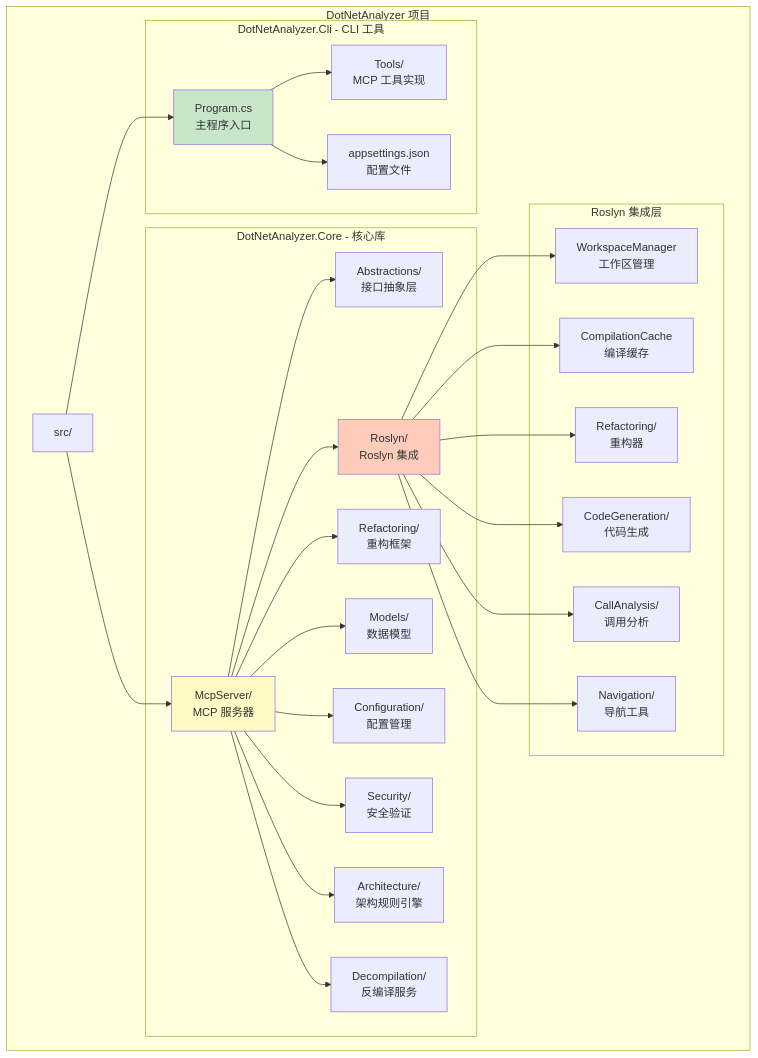
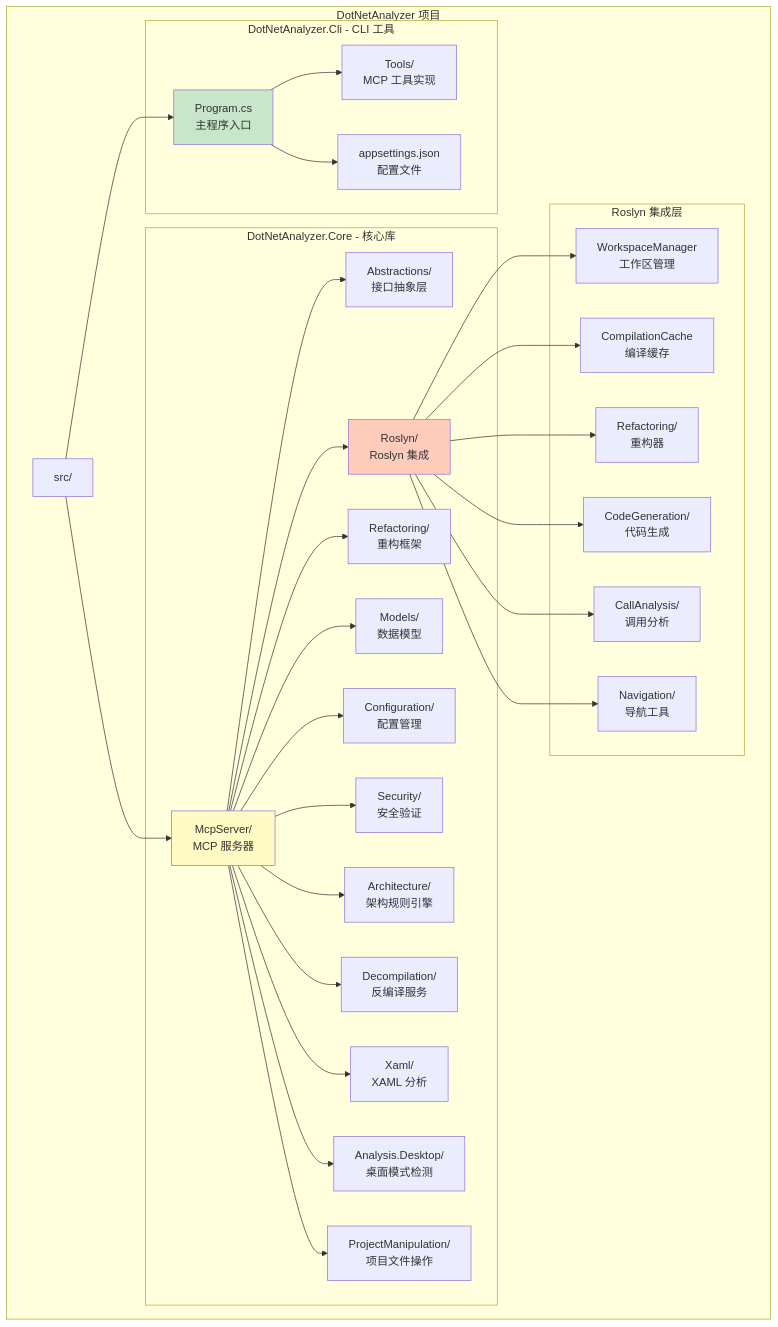
The third of 5 diagrams in docs/ARCHITECTURE.md (CartapenaBark/DotNetAnalyzer), drawn with Mermaid before and after one commit. The commit also changed other lines of this file and 55 other files, not shown here.

First line of the commit message:
feat: v1.4.0 — XAML 分析、桌面模式检测、项目文件操作与性能优化

````diff
--- a/docs/ARCHITECTURE.md
+++ b/docs/ARCHITECTURE.md
@@ -145,56 +145,62 @@
 ```mermaid
 graph TB
     subgraph "DotNetAnalyzer 项目"
         A[src/]
 
         subgraph "DotNetAnalyzer.Cli - CLI 工具"
             B[Program.cs<br/>主程序入口]
             C[Tools/<br/>MCP 工具实现]
             D[appsettings.json<br/>配置文件]
         end
 
         subgraph "DotNetAnalyzer.Core - 核心库"
             E[McpServer/<br/>MCP 服务器]
             F[Abstractions/<br/>接口抽象层]
             G[Roslyn/<br/>Roslyn 集成]
             H[Refactoring/<br/>重构框架]
             I[Models/<br/>数据模型]
             J[Configuration/<br/>配置管理]
             K[Security/<br/>安全验证]
             R[Architecture/<br/>架构规则引擎]
             S[Decompilation/<br/>反编译服务]
+            T[Xaml/<br/>XAML 分析]
+            U[Analysis.Desktop/<br/>桌面模式检测]
+            V[ProjectManipulation/<br/>项目文件操作]
         end
 
         subgraph "Roslyn 集成层"
             L[WorkspaceManager<br/>工作区管理]
             M[CompilationCache<br/>编译缓存]
             N[Refactoring/<br/>重构器]
             O[CodeGeneration/<br/>代码生成]
             P[CallAnalysis/<br/>调用分析]
             Q[Navigation/<br/>导航工具]
         end
 
         A --> B
         A --> E
         B --> C
         B --> D
         E --> F
         E --> G
         E --> H
         E --> I
         E --> J
         E --> K
         E --> R
         E --> S
+        E --> T
+        E --> U
+        E --> V
         G --> L
         G --> M
         G --> N
         G --> O
         G --> P
         G --> Q
 
         style B fill:#c8e6c9
         style E fill:#fff9c4
         style G fill:#ffccbc
     end
 ```
````
